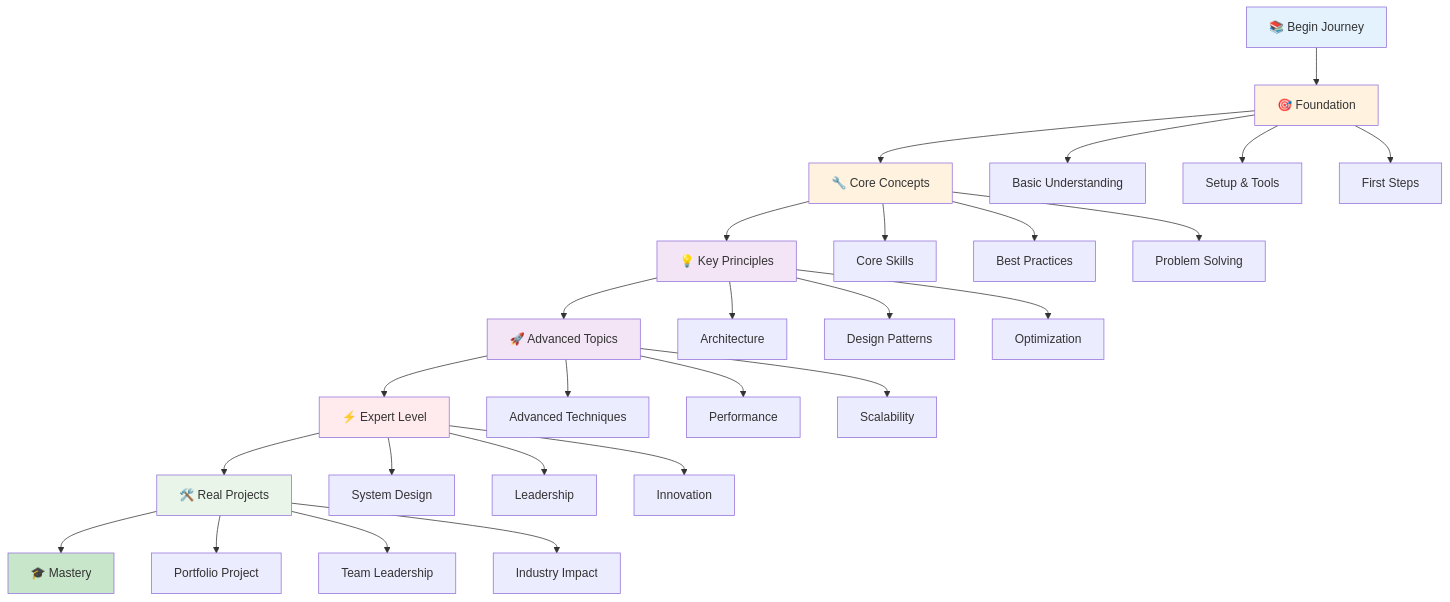
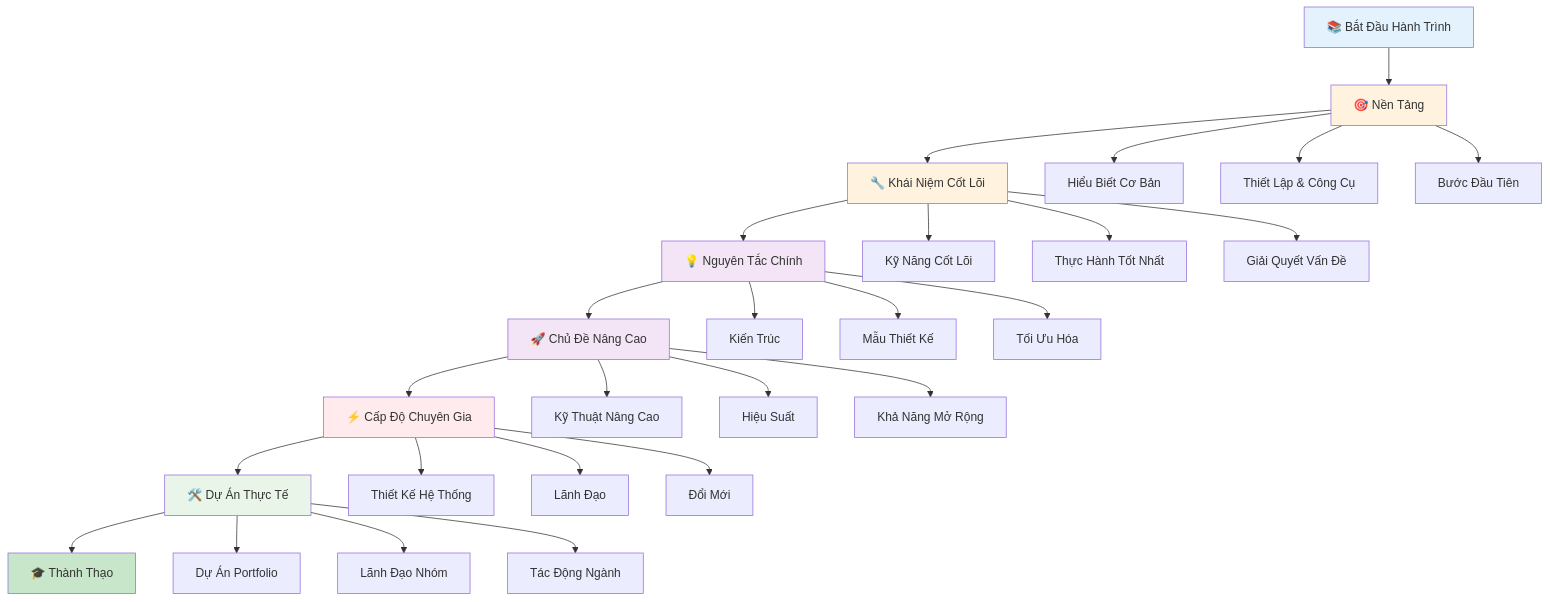
One commit to zukahai/ai-teaching-temp-vn changed the first of 2 diagrams in docs/introduction/intro.md. Above: the diagram before and after it, drawn with Mermaid. The commit also changed other lines of this file and 7 other files, not shown here.

````diff
--- a/docs/introduction/intro.md
+++ b/docs/introduction/intro.md
@@ -5,43 +5,43 @@
 ```mermaid
 graph TD
-    A[📚 Begin Journey] --> B[🎯 Foundation]
-    B --> C[🔧 Core Concepts]
-    C --> D[💡 Key Principles]
-    D --> E[🚀 Advanced Topics]
-    E --> F[⚡ Expert Level]
-    F --> G[🛠️ Real Projects]
-    G --> H[🎓 Mastery]
+    A[📚 Bắt Đầu Hành Trình] --> B[🎯 Nền Tảng]
+    B --> C[🔧 Khái Niệm Cốt Lõi]
+    C --> D[💡 Nguyên Tắc Chính]
+    D --> E[🚀 Chủ Đề Nâng Cao]
+    E --> F[⚡ Cấp Độ Chuyên Gia]
+    F --> G[🛠️ Dự Án Thực Tế]
+    G --> H[🎓 Thành Thạo]
     
-    B --> B1[Basic Understanding]
-    B --> B2[Setup & Tools]
-    B --> B3[First Steps]
+    B --> B1[Hiểu Biết Cơ Bản]
+    B --> B2[Thiết Lập & Công Cụ]
+    B --> B3[Bước Đầu Tiên]
     
-    C --> C1[Core Skills]
-    C --> C2[Best Practices]
-    C --> C3[Problem Solving]
+    C --> C1[Kỹ Năng Cốt Lõi]
+    C --> C2[Thực Hành Tốt Nhất]
+    C --> C3[Giải Quyết Vấn Đề]
     
-    D --> D1[Architecture]
-    D --> D2[Design Patterns]
-    D --> D3[Optimization]
+    D --> D1[Kiến Trúc]
+    D --> D2[Mẫu Thiết Kế]
+    D --> D3[Tối Ưu Hóa]
     
-    E --> E1[Advanced Techniques]
-    E --> E2[Performance]
-    E --> E3[Scalability]
+    E --> E1[Kỹ Thuật Nâng Cao]
+    E --> E2[Hiệu Suất]
+    E --> E3[Khả Năng Mở Rộng]
     
-    F --> F1[System Design]
-    F --> F2[Leadership]
-    F --> F3[Innovation]
+    F --> F1[Thiết Kế Hệ Thống]
+    F --> F2[Lãnh Đạo]
+    F --> F3[Đổi Mới]
     
-    G --> G1[Portfolio Project]
-    G --> G2[Team Leadership]
-    G --> G3[Industry Impact]
+    G --> G1[Dự Án Portfolio]
+    G --> G2[Lãnh Đạo Nhóm]
+    G --> G3[Tác Động Ngành]
     
     style A fill:#e3f2fd
     style H fill:#c8e6c9
     style B fill:#fff3e0
     style C fill:#fff3e0
     style D fill:#f3e5f5
     style E fill:#f3e5f5
     style F fill:#ffebee
     style G fill:#e8f5e8
 ```
````
